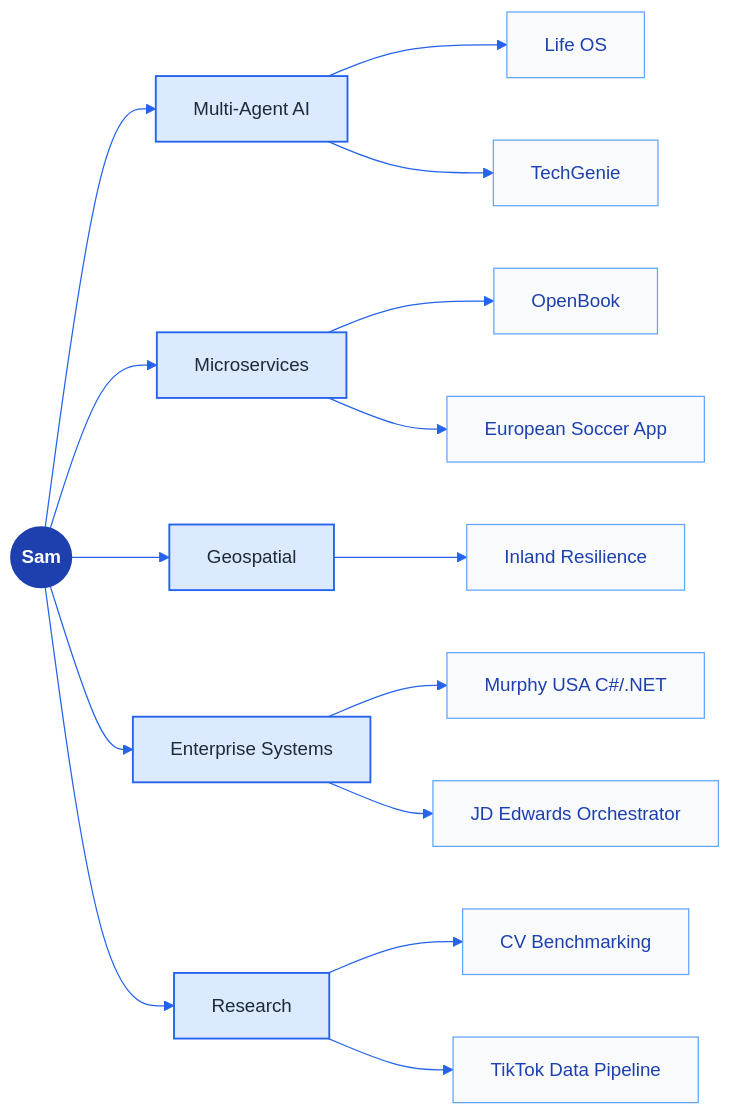
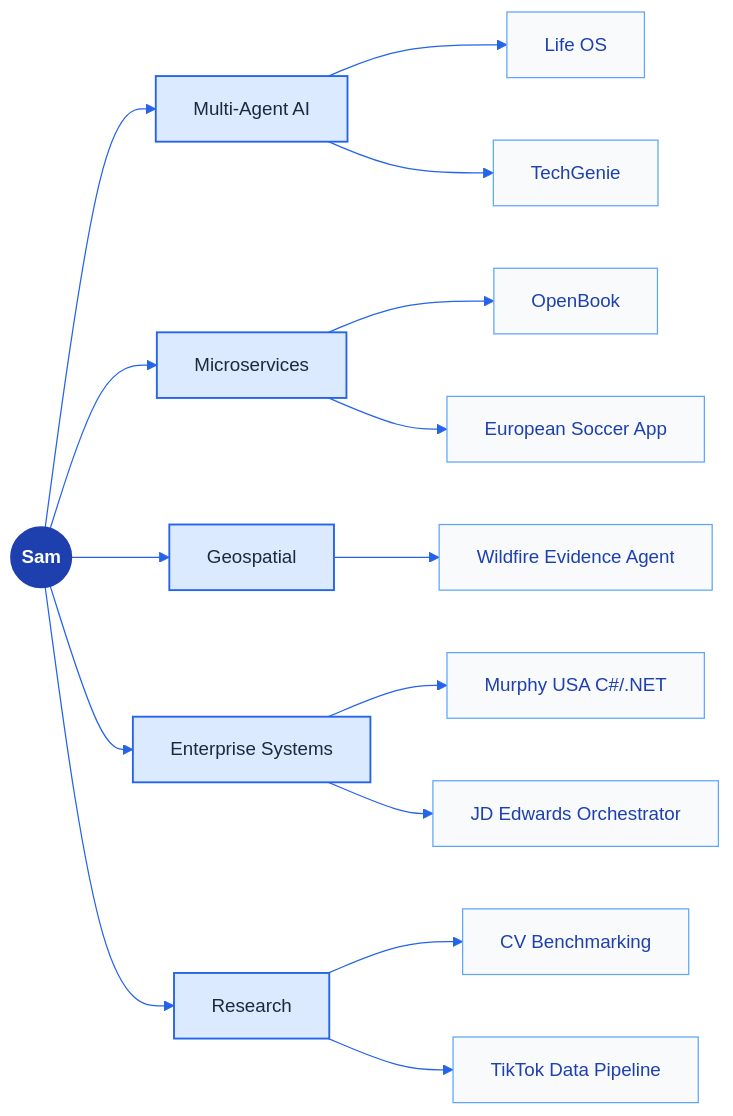
The diagram in README.md (samin1554/samin1554), drawn with Mermaid before and after one commit. The commit also changed other lines of this file, not shown here.

Commit message:
Feature Wildfire Evidence Agent (solo repo) in place of the team project

````diff
--- a/README.md
+++ b/README.md
@@ -102,23 +102,23 @@
 ```mermaid
 %%{init: {'theme':'base', 'themeVariables': {'primaryColor':'#DBEAFE','primaryTextColor':'#1E293B','primaryBorderColor':'#1E40AF','lineColor':'#2563EB','tertiaryColor':'#F8FAFC','fontSize':'15px'}}}%%
 graph LR
     S((Sam)):::core
     S --> AI[Multi-Agent AI]:::branch
     S --> M[Microservices]:::branch
     S --> G[Geospatial]:::branch
     S --> E[Enterprise Systems]:::branch
     S --> R[Research]:::branch
     AI --> P1[Life OS]:::leaf
     AI --> P2[TechGenie]:::leaf
     M --> P3[OpenBook]:::leaf
     M --> P4[European Soccer App]:::leaf
-    G --> P9[Inland Resilience]:::leaf
+    G --> P9[Wildfire Evidence Agent]:::leaf
     E --> P5[Murphy USA C#/.NET]:::leaf
     E --> P6[JD Edwards Orchestrator]:::leaf
     R --> P7[CV Benchmarking]:::leaf
     R --> P8[TikTok Data Pipeline]:::leaf
 
     classDef core fill:#1E40AF,stroke:#1E40AF,stroke-width:3px,color:#fff,font-weight:bold
     classDef branch fill:#DBEAFE,stroke:#2563EB,stroke-width:1.5px,color:#1E293B
     classDef leaf fill:#F8FAFC,stroke:#60A5FA,stroke-width:1px,color:#1E40AF
 ```
````
